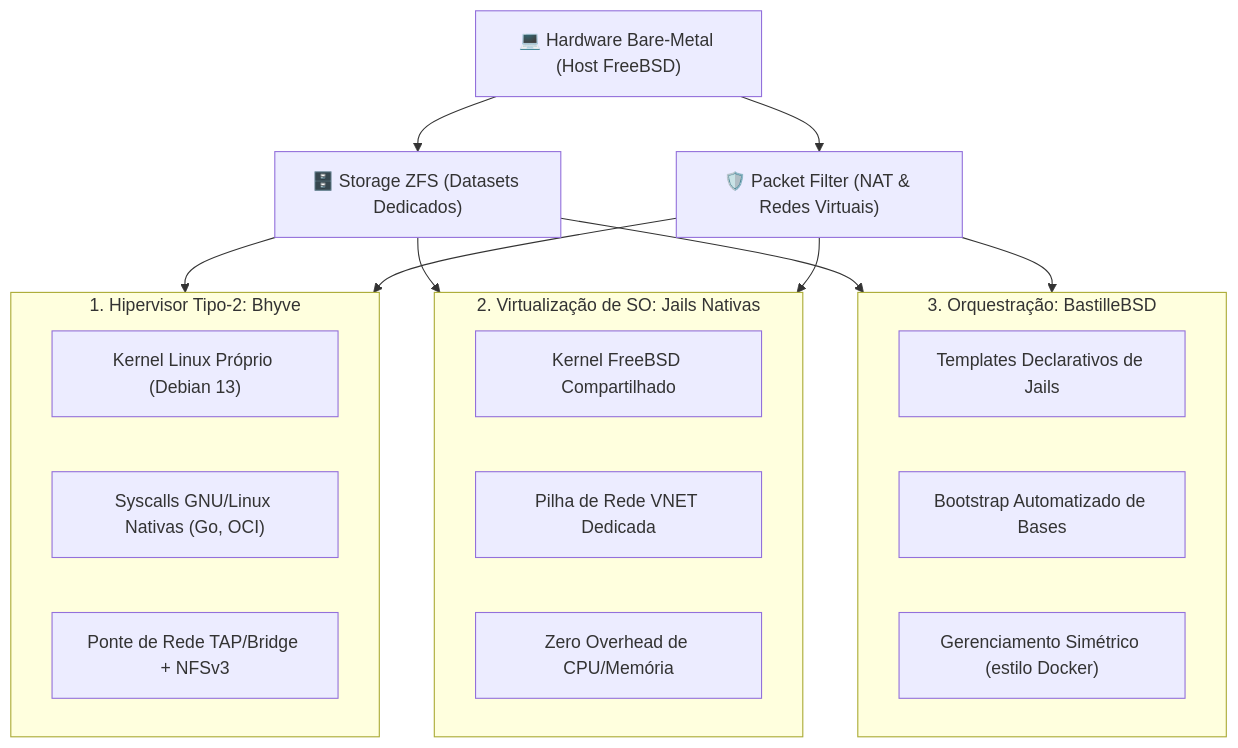
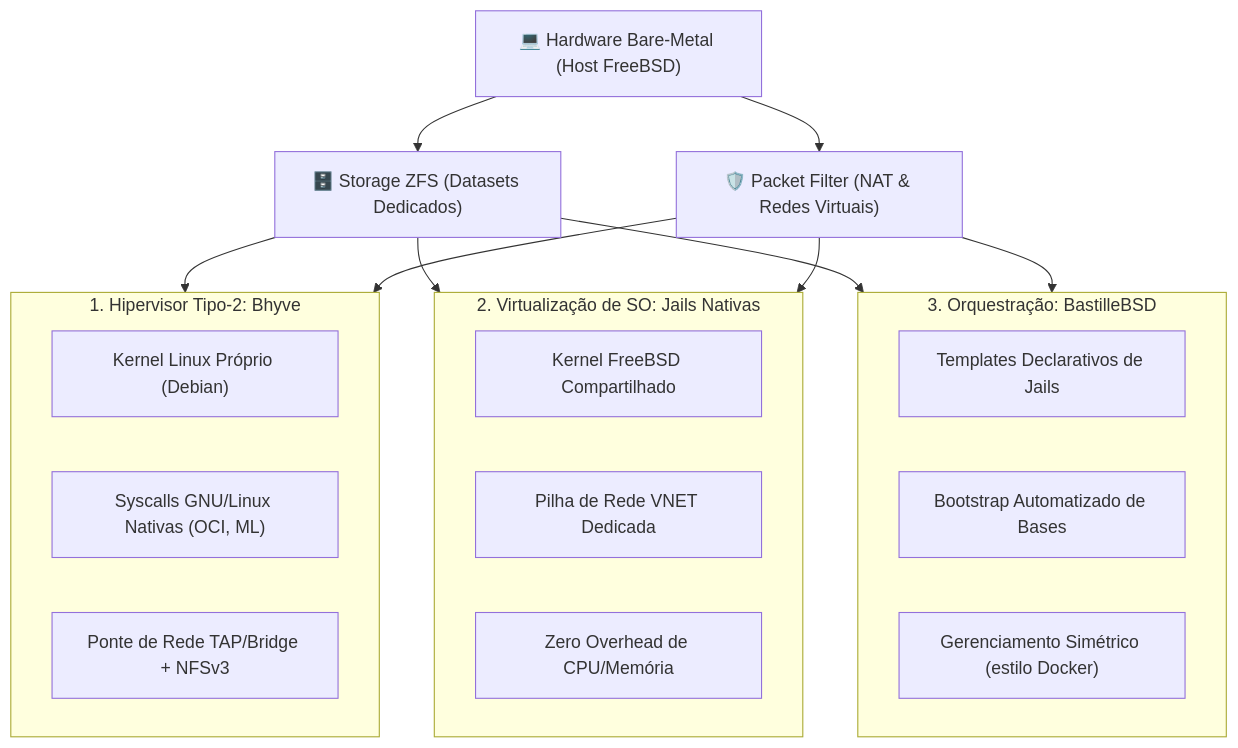
One commit to GabrielFrigo4/environment changed the diagram in docs/virtualization/README.md. Above: the diagram before and after it, drawn with Mermaid. The commit also changed other lines of this file and 26 other files, not shown here.

````diff
--- a/docs/virtualization/README.md
+++ b/docs/virtualization/README.md
@@ -11,35 +11,35 @@
 ```mermaid
 flowchart TD
     HW["💻 Hardware Bare-Metal (Host FreeBSD)"]
     ZFS["🗄️ Storage ZFS (Datasets Dedicados)"]
     PF["🛡️ Packet Filter (NAT & Redes Virtuais)"]
 
     HW --> ZFS
     HW --> PF
 
     subgraph BH ["1. Hipervisor Tipo-2: Bhyve"]
-        B1["Kernel Linux Próprio (Debian 13)"]
-        B2["Syscalls GNU/Linux Nativas (Go, OCI)"]
+        B1["Kernel Linux Próprio (Debian)"]
+        B2["Syscalls GNU/Linux Nativas (OCI, ML)"]
         B3["Ponte de Rede TAP/Bridge + NFSv3"]
     end
 
     subgraph JL ["2. Virtualização de SO: Jails Nativas"]
         J1["Kernel FreeBSD Compartilhado"]
         J2["Pilha de Rede VNET Dedicada"]
         J3["Zero Overhead de CPU/Memória"]
     end
 
     subgraph BST ["3. Orquestração: BastilleBSD"]
         T1["Templates Declarativos de Jails"]
         T2["Bootstrap Automatizado de Bases"]
         T3["Gerenciamento Simétrico (estilo Docker)"]
     end
 
     ZFS --> BH
     ZFS --> JL
     ZFS --> BST
 
     PF --> BH
     PF --> JL
     PF --> BST
 ```
````
